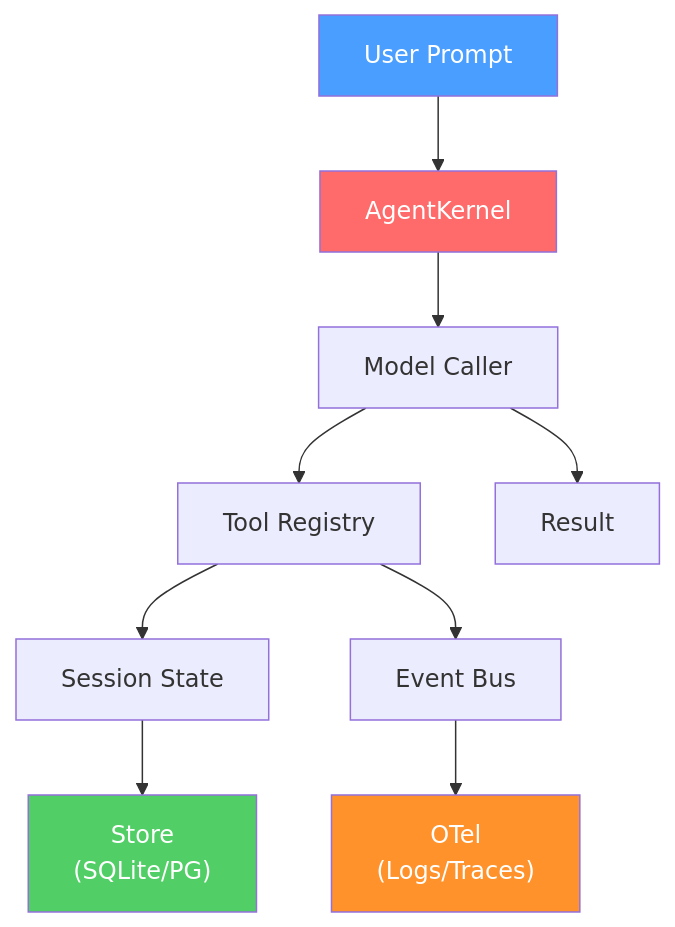
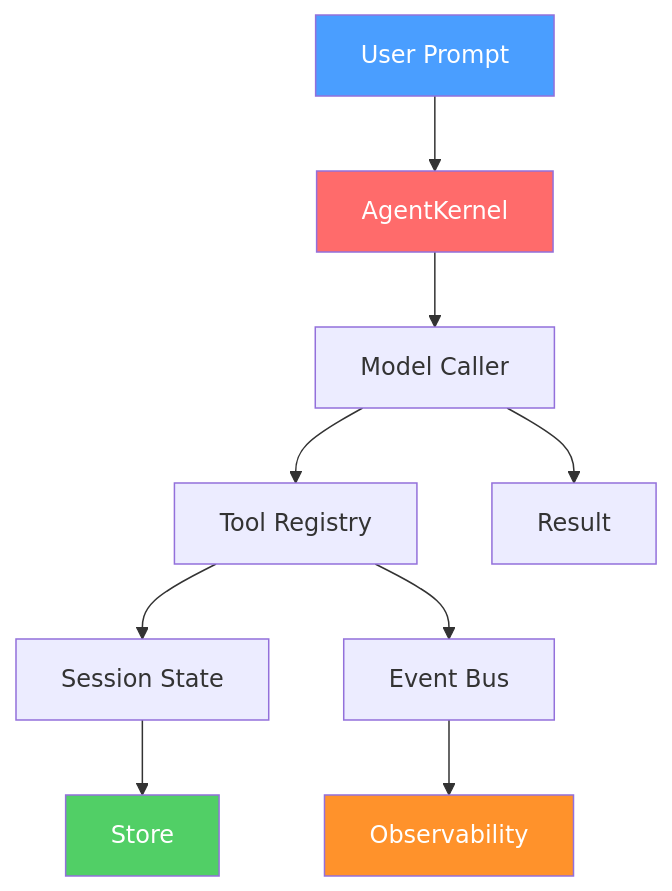
The fifth of 5 diagrams in docs/guides/architecture.md (vinhnt-develop/vinhnt-sdk), drawn with Mermaid before and after one commit. The commit also changed other lines of this file and 47 other files, not shown here.

````diff
--- a/docs/guides/architecture.md
+++ b/docs/guides/architecture.md
@@ -213,16 +204,16 @@
 ```mermaid
 graph TD
     USER["User Prompt"] --> KERNEL["AgentKernel"]
     KERNEL --> MODEL["Model Caller"]
     MODEL --> TOOLS["Tool Registry"]
     TOOLS --> SESSION["Session State"]
     TOOLS --> EVENTS["Event Bus"]
-    SESSION --> STORE["Store<br/>(SQLite/PG)"]
-    EVENTS --> OTEL["OTel<br/>(Logs/Traces)"]
+    SESSION --> STORE["Store"]
+    EVENTS --> OBSERVE["Observability"]
     MODEL --> RESULT["Result"]
 
     style USER fill:#4a9eff,color:#fff
     style KERNEL fill:#ff6b6b,color:#fff
     style STORE fill:#51cf66,color:#fff
-    style OTEL fill:#ff922b,color:#fff
+    style OBSERVE fill:#ff922b,color:#fff
 ```
````
